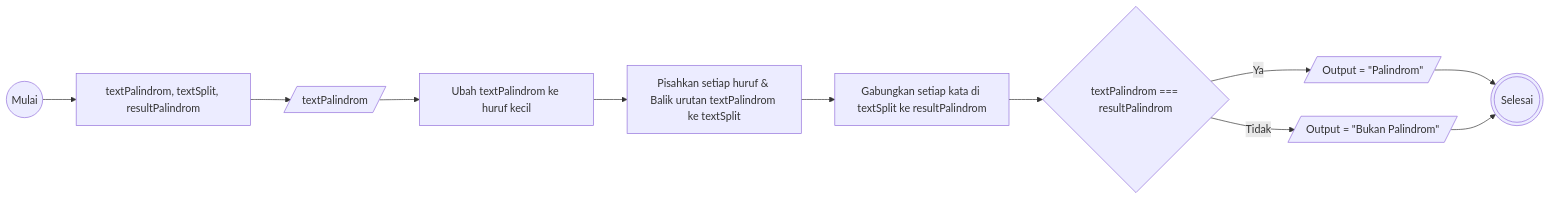
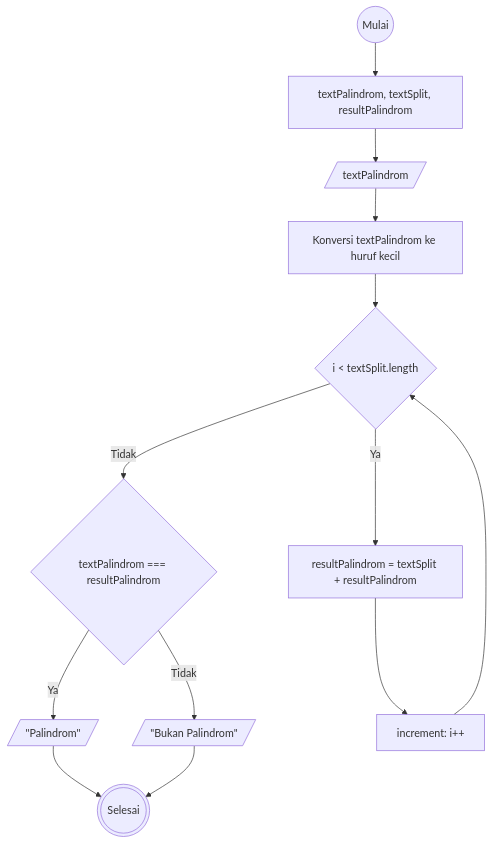
The first of 2 diagrams in algoritma.md (yusufbahtiarr/fgo24-weeklytask1), drawn with Mermaid before and after one commit. The commit also changed other lines of this file, not shown here.

````diff
--- a/algoritma.md
+++ b/algoritma.md
@@ -13,19 +13,21 @@
 ```mermaid
-    flowchart LR
+    flowchart TD
     a@{shape: circle, label: "Mulai"}
     b@{shape: rectangle, label: "textPalindrom, textSplit, resultPalindrom"}
     c@{shape: lean-r, label: "textPalindrom"}
-    d@{shape: rect, label: "Ubah textPalindrom ke huruf kecil"}
-    e@{shape: rect, label: "Pisahkan setiap huruf & Balik urutan textPalindrom ke textSplit"}
-    f@{shape: rect, label: "Gabungkan setiap kata di textSplit ke resultPalindrom"}
+    d@{shape: rect, label: "Konversi textPalindrom ke huruf kecil"}
+    f@{shape: rect, label: "resultPalindrom = textSplit + resultPalindrom"}
     g@{shape: diamond, label: "textPalindrom === resultPalindrom"}
-    h@{shape: lean-r, label: Output = "Palindrom"}
-    i@{shape: lean-r, label: Output = "Bukan Palindrom"}
+    h@{shape: lean-r, label: '"Palindrom"'}
+    i@{shape: lean-r, label: '"Bukan Palindrom"'}
     j@{shape: dbl-circ, label: "Selesai"}
+    dx@{shape: diamond, label: " i < textSplit.length"}
+    db@{shape: rect, label: "increment: i++"}
 
-    a-->b-->c-->d
-    d-->e-->f-->g
+    a-->b-->c-->d-->dx
+    dx--Tidak-->g
+    dx--Ya-->f-->db-->dx
     g--Ya-->h-->j
     g--Tidak-->i-->j
 
 ```
````
